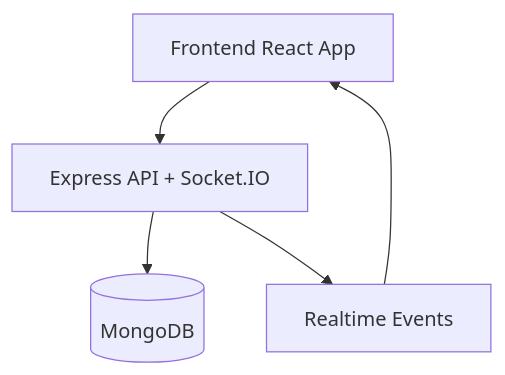
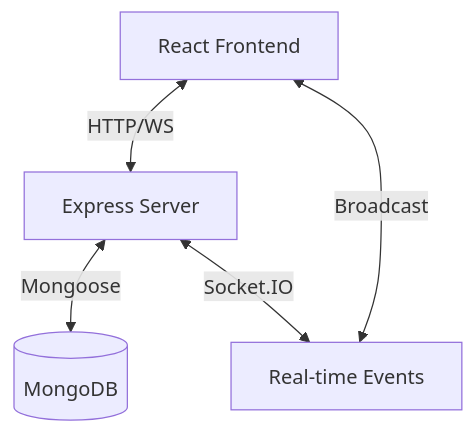
Before and after one commit to prawinkumar2k/whatsapp-web-clone: the first of 3 diagrams in README.md, drawn with Mermaid. The commit also changed other lines of this file, not shown here.

````diff
--- a/README.md
+++ b/README.md
@@ -58,7 +55,7 @@
 ```mermaid
 graph TD
-  Client[Frontend React App] --> Backend[Express API + Socket.IO]
-  Backend --> Database[(MongoDB)]
-  Backend --> Socket[Realtime Events]
-  Socket --> Client
+    Client[React Frontend] <-->|HTTP/WS| Backend[Express Server]
+    Backend <-->|Mongoose| DB[(MongoDB)]
+    Backend <-->|Socket.IO| Realtime[Real-time Events]
+    Realtime <-->|Broadcast| Client
 ```
````
